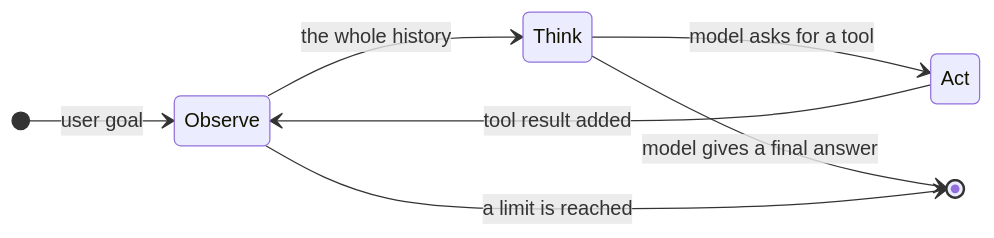
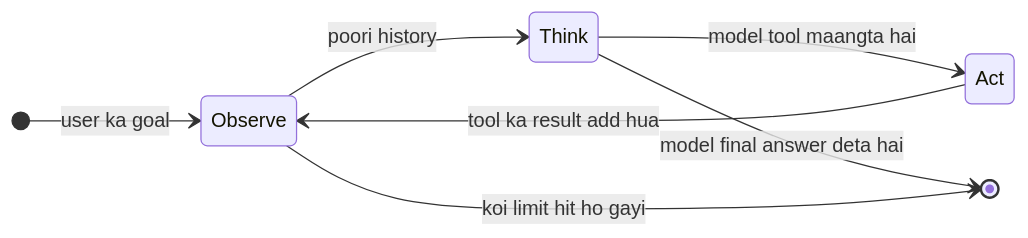
One commit to asmustechno/agentic-ai-notes changed the first of 2 diagrams in docs/02-the-agent-loop/02.1-the-observe-think-act-loop.md. Above: the diagram before and after it, drawn with Mermaid. The commit also changed other lines of this file and 135 other files, not shown here.

````diff
--- a/docs/02-the-agent-loop/02.1-the-observe-think-act-loop.md
+++ b/docs/02-the-agent-loop/02.1-the-observe-think-act-loop.md
@@ -45,10 +45,10 @@
 ```mermaid
 stateDiagram-v2
     direction LR
-    [*] --> Observe : user goal
-    Observe --> Think : the whole history
-    Think --> Act : model asks for a tool
-    Act --> Observe : tool result added
-    Think --> [*] : model gives a final answer
-    Observe --> [*] : a limit is reached
+    [*] --> Observe : user ka goal
+    Observe --> Think : poori history
+    Think --> Act : model tool maangta hai
+    Act --> Observe : tool ka result add hua
+    Think --> [*] : model final answer deta hai
+    Observe --> [*] : koi limit hit ho gayi
 ```
````
